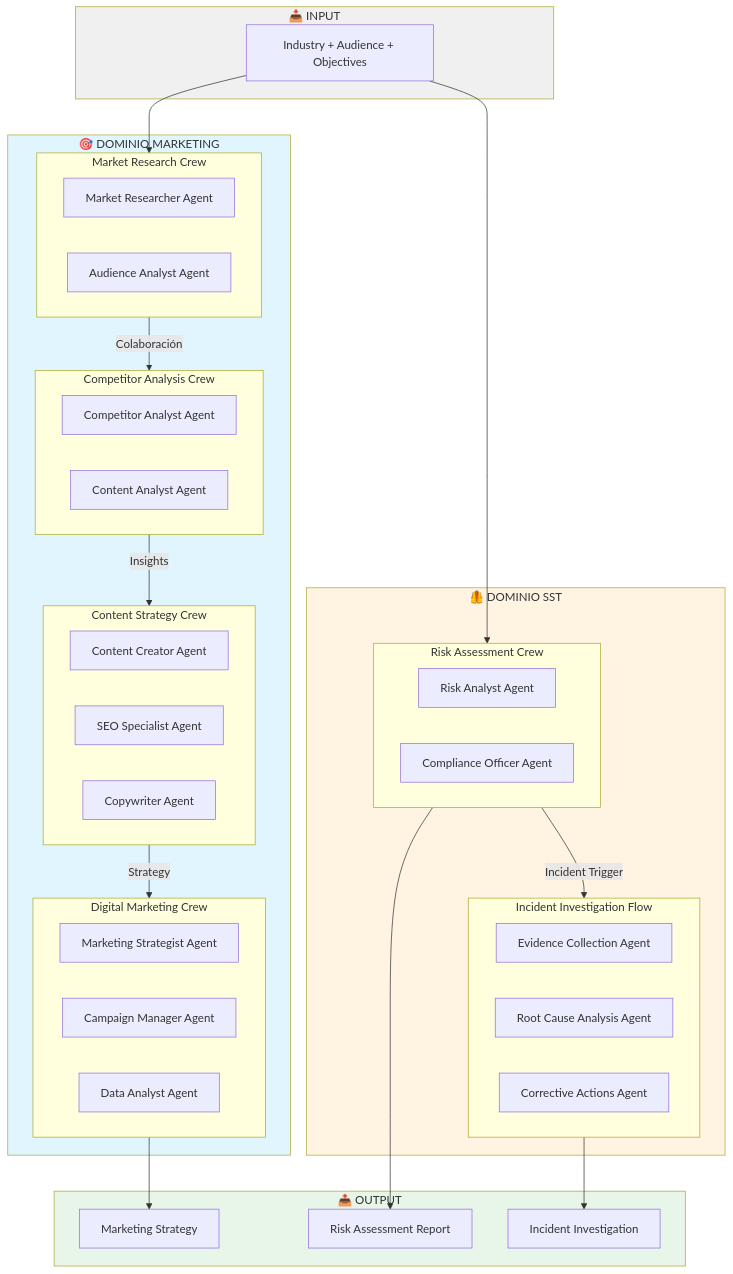
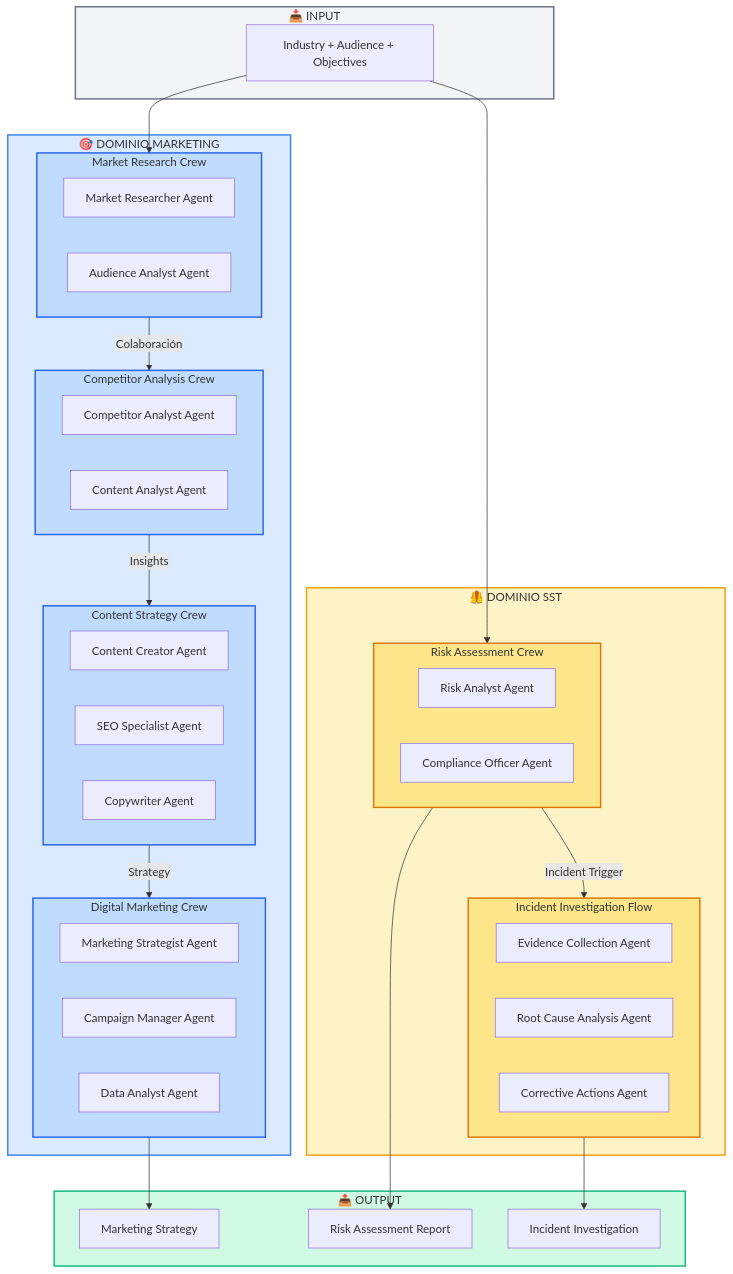
One commit to lraigosov/multi-agent changed the first of 3 diagrams in README.md. Above: the diagram before and after it, drawn with Mermaid. The commit also changed other lines of this file, not shown here.

Commit message:
style: Improve diagram colors for better GitHub readability

````diff
--- a/README.md
+++ b/README.md
@@ -513,65 +513,72 @@
 ```mermaid
 graph TB
     subgraph Input["📥 INPUT"]
         I1[Industry + Audience + Objectives]
     end
     
     subgraph Marketing["🎯 DOMINIO MARKETING"]
         subgraph MRC["Market Research Crew"]
             MR1[Market Researcher Agent]
             MR2[Audience Analyst Agent]
         end
         
         subgraph CAC["Competitor Analysis Crew"]
             CA1[Competitor Analyst Agent]
             CA2[Content Analyst Agent]
         end
         
         subgraph CSC["Content Strategy Crew"]
             CS1[Content Creator Agent]
             CS2[SEO Specialist Agent]
             CS3[Copywriter Agent]
         end
         
         subgraph DMC["Digital Marketing Crew"]
             DM1[Marketing Strategist Agent]
             DM2[Campaign Manager Agent]
             DM3[Data Analyst Agent]
         end
     end
     
     subgraph SST["🦺 DOMINIO SST"]
         subgraph RAC["Risk Assessment Crew"]
             RA1[Risk Analyst Agent]
             RA2[Compliance Officer Agent]
         end
         
         subgraph IIF["Incident Investigation Flow"]
             II1[Evidence Collection Agent]
             II2[Root Cause Analysis Agent]
             II3[Corrective Actions Agent]
         end
     end
     
     subgraph Output["📤 OUTPUT"]
         O1[Marketing Strategy]
         O2[Risk Assessment Report]
         O3[Incident Investigation]
     end
     
     I1 --> MRC
     MRC --> |Colaboración| CAC
     CAC --> |Insights| CSC
     CSC --> |Strategy| DMC
     DMC --> O1
     
     I1 --> RAC
     RAC --> O2
     RAC --> |Incident Trigger| IIF
     IIF --> O3
     
-    style Marketing fill:#e1f5ff
-    style SST fill:#fff4e1
-    style Input fill:#f0f0f0
-    style Output fill:#e8f5e9
+    style Marketing fill:#dbeafe,stroke:#3b82f6,stroke-width:2px
+    style SST fill:#fef3c7,stroke:#f59e0b,stroke-width:2px
+    style Input fill:#f3f4f6,stroke:#6b7280,stroke-width:2px
+    style Output fill:#d1fae5,stroke:#10b981,stroke-width:2px
+    
+    style MRC fill:#bfdbfe,stroke:#2563eb,stroke-width:2px
+    style CAC fill:#bfdbfe,stroke:#2563eb,stroke-width:2px
+    style CSC fill:#bfdbfe,stroke:#2563eb,stroke-width:2px
+    style DMC fill:#bfdbfe,stroke:#2563eb,stroke-width:2px
+    style RAC fill:#fde68a,stroke:#d97706,stroke-width:2px
+    style IIF fill:#fde68a,stroke:#d97706,stroke-width:2px
 ```
````
